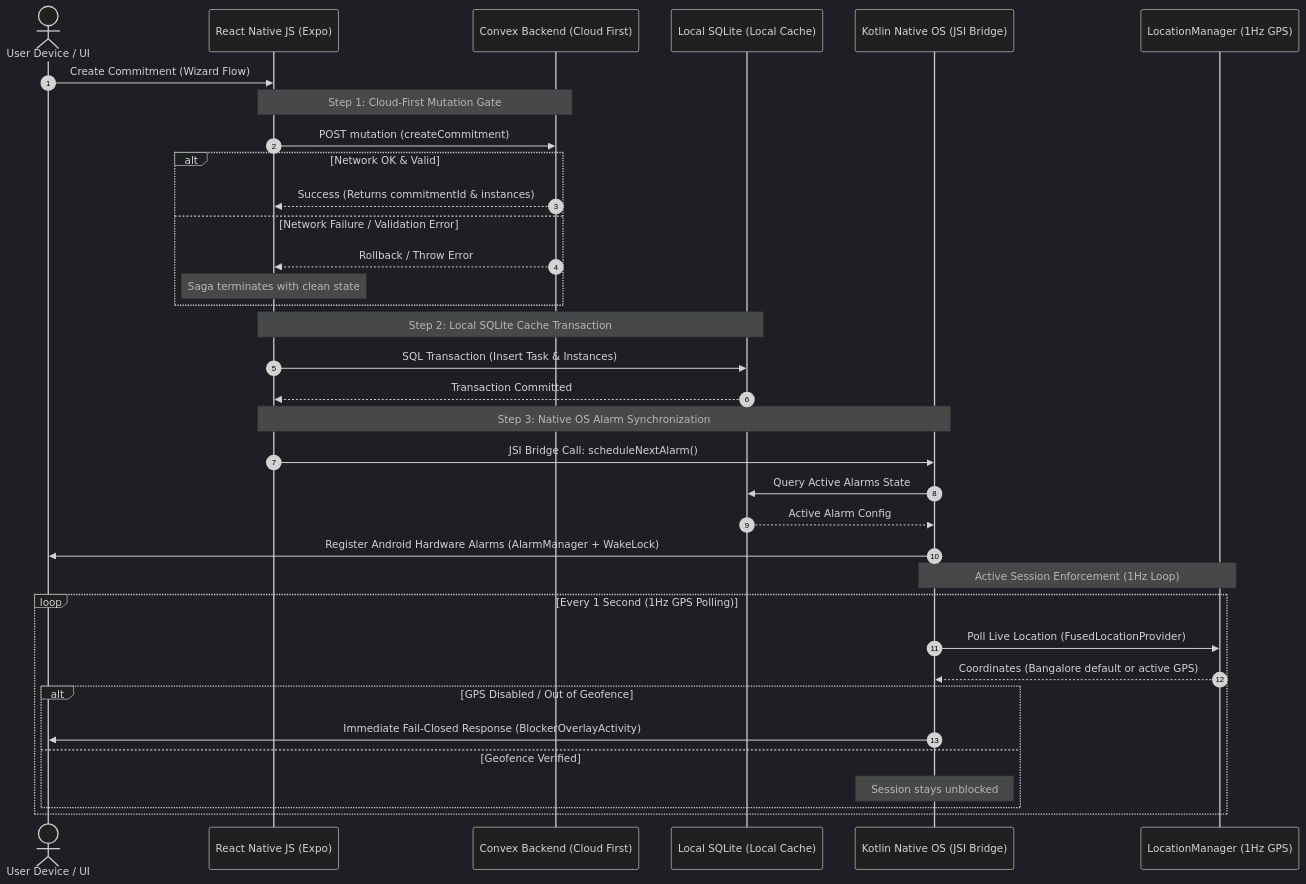
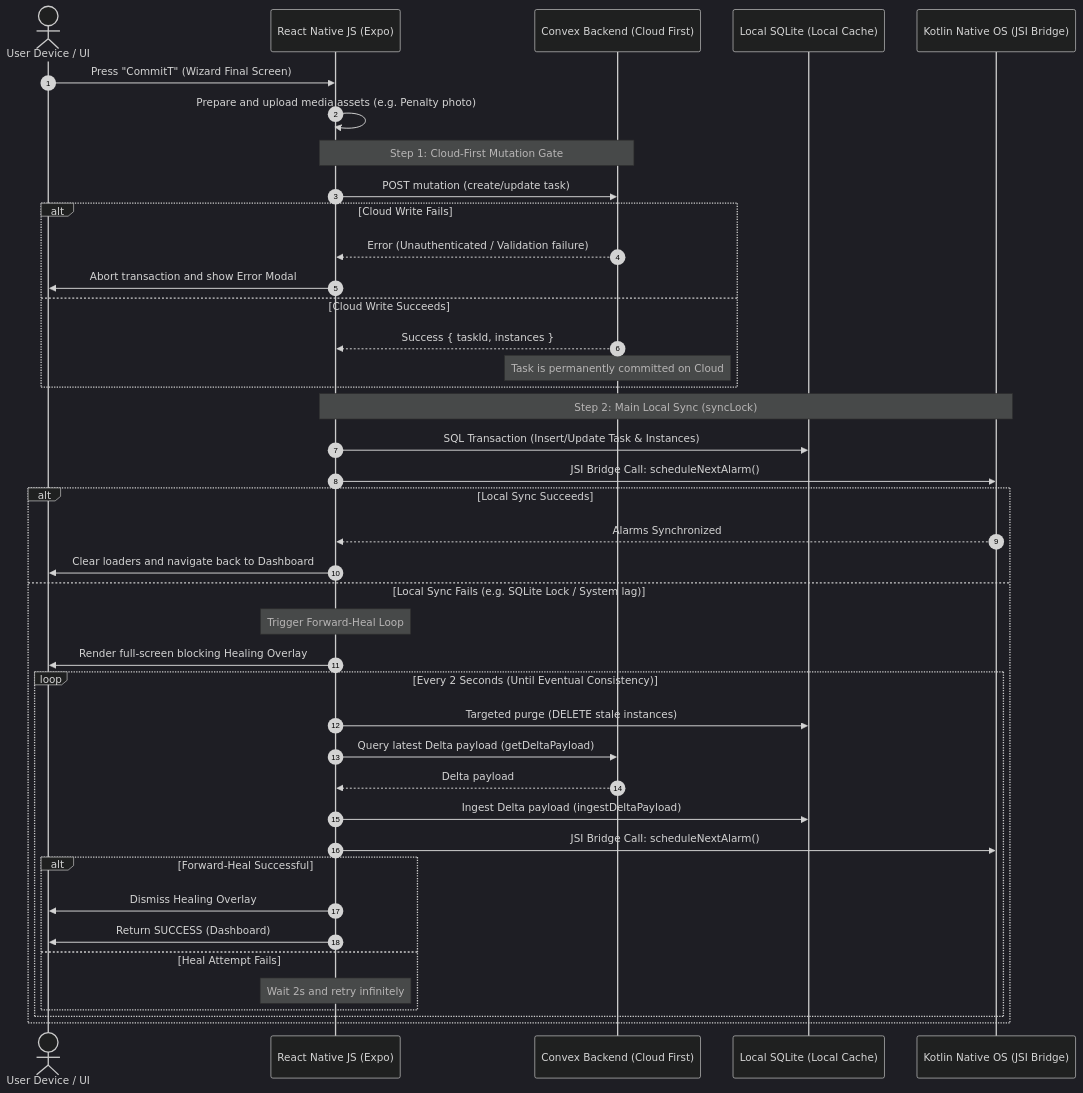
Before and after one commit to Maajith9127/CommitT: the diagram in README.md, drawn with Mermaid (dark theme). The commit also changed other lines of this file, not shown here.

Commit message:
feat(update): updated readme file

````diff
--- a/README.md
+++ b/README.md
@@ -42,42 +42,48 @@
 ```mermaid
 sequenceDiagram
     autonumber
     actor User as User Device / UI
     participant JS as React Native JS (Expo)
     participant Cloud as Convex Backend (Cloud First)
     participant SQL as Local SQLite (Local Cache)
     participant Kotlin as Kotlin Native OS (JSI Bridge)
-    participant GPS as LocationManager (1Hz GPS)
 
-    User->>JS: Create Commitment (Wizard Flow)
+    User->>JS: Press "CommitT" (Wizard Final Screen)
+    JS->>JS: Prepare and upload media assets (e.g. Penalty photo)
     
     Note over JS, Cloud: Step 1: Cloud-First Mutation Gate
-    JS->>Cloud: POST mutation (createCommitment)
-    alt Network OK & Valid
-        Cloud-->>JS: Success (Returns commitmentId & instances)
-    else Network Failure / Validation Error
-        Cloud-->>JS: Rollback / Throw Error
-        Note over JS: Saga terminates with clean state
+    JS->>Cloud: POST mutation (create/update task)
+    alt Cloud Write Fails
+        Cloud-->>JS: Error (Unauthenticated / Validation failure)
+        JS->>User: Abort transaction and show Error Modal
+    else Cloud Write Succeeds
+        Cloud-->>JS: Success { taskId, instances }
+        Note over Cloud: Task is permanently committed on Cloud
     end
 
-    Note over JS, SQL: Step 2: Local SQLite Cache Transaction
-    JS->>SQL: SQL Transaction (Insert Task & Instances)
-    SQL-->>JS: Transaction Committed
-
-    Note over JS, Kotlin: Step 3: Native OS Alarm Synchronization
+    Note over JS, Kotlin: Step 2: Main Local Sync (syncLock)
+    JS->>SQL: SQL Transaction (Insert/Update Task & Instances)
     JS->>Kotlin: JSI Bridge Call: scheduleNextAlarm()
-    Kotlin->>SQL: Query Active Alarms State
-    SQL-->>Kotlin: Active Alarm Config
-    Kotlin->>User: Register Android Hardware Alarms (AlarmManager + WakeLock)
-
-    Note over Kotlin, GPS: Active Session Enforcement (1Hz Loop)
-    loop Every 1 Second (1Hz GPS Polling)
-        Kotlin->>GPS: Poll Live Location (FusedLocationProvider)
-        GPS-->>Kotlin: Coordinates (Bangalore default or active GPS)
-        alt GPS Disabled / Out of Geofence
-            Kotlin->>User: Immediate Fail-Closed Response (BlockerOverlayActivity)
-        else Geofence Verified
-            Note over Kotlin: Session stays unblocked
+    
+    alt Local Sync Succeeds
+        Kotlin-->>JS: Alarms Synchronized
+        JS->>User: Clear loaders and navigate back to Dashboard
+    else Local Sync Fails (e.g. SQLite Lock / System lag)
+        Note over JS: Trigger Forward-Heal Loop
+        JS->>User: Render full-screen blocking Healing Overlay
+        
+        loop Every 2 Seconds (Until Eventual Consistency)
+            JS->>SQL: Targeted purge (DELETE stale instances)
+            JS->>Cloud: Query latest Delta payload (getDeltaPayload)
+            Cloud-->>JS: Delta payload
+            JS->>SQL: Ingest Delta payload (ingestDeltaPayload)
+            JS->>Kotlin: JSI Bridge Call: scheduleNextAlarm()
+            alt Forward-Heal Successful
+                JS->>User: Dismiss Healing Overlay
+                JS->>User: Return SUCCESS (Dashboard)
+            else Heal Attempt Fails
+                Note over JS: Wait 2s and retry infinitely
+            end
         end
     end
 ```
````
